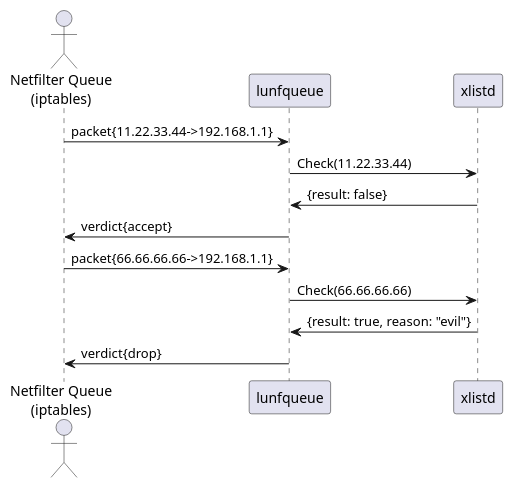
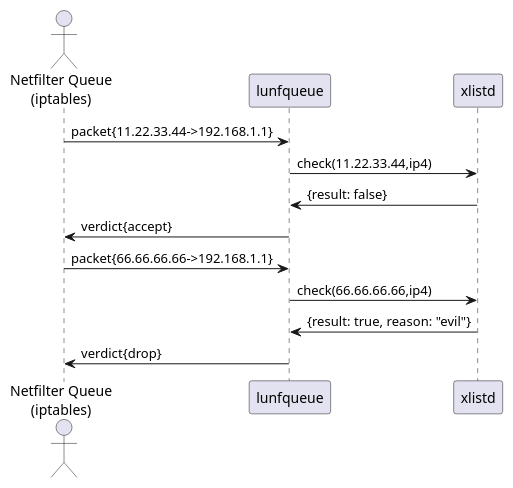
One commit to luids-io/doc changed the diagram in es/modules/guide-basic-nfqueue-xlist/pages/introduction.adoc. Above: the diagram before and after it, drawn with PlantUML. The commit also changed other lines of this file and 65 other files, not shown here.

```diff
--- a/es/modules/guide-basic-nfqueue-xlist/pages/introduction.adoc
+++ b/es/modules/guide-basic-nfqueue-xlist/pages/introduction.adoc
@@ -22,16 +38,16 @@
 [plantuml,{guidename}-sequence,png,pdfwidth=60%]
 ----
 actor "Netfilter Queue\n(iptables)" as nfqueue
 participant lunfqueue
 participant xlistd
 
 nfqueue -> lunfqueue: packet{11.22.33.44->192.168.1.1}
-lunfqueue -> xlistd: Check(11.22.33.44)
+lunfqueue -> xlistd: check(11.22.33.44,ip4)
 xlistd -> lunfqueue: {result: false}
 lunfqueue -> nfqueue: verdict{accept}
 
 nfqueue -> lunfqueue: packet{66.66.66.66->192.168.1.1}
-lunfqueue -> xlistd: Check(66.66.66.66)
+lunfqueue -> xlistd: check(66.66.66.66,ip4)
 xlistd -> lunfqueue: {result: true, reason: "evil"}
 lunfqueue -> nfqueue: verdict{drop}
 ----
```
